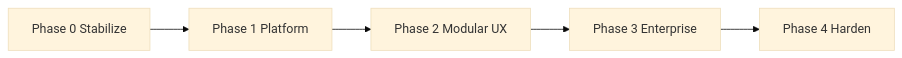
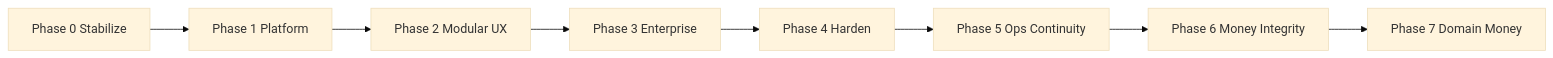
Before and after one commit to rheymarbayeta/PAMS: the diagram in IMPLEMENTATION_ROADMAP.md, drawn with Mermaid (base theme). The commit also changed other lines of this file and 21 other files, not shown here.

Commit message:
feat: implement Phase 5 and Phase 6 features including operational continuity for portal payments, dual-write confirmation for payments, and enhancements to the citations module for payment processing, while updating the implementation roadmap and OpenAPI specifications for new endpoints

````diff
--- a/IMPLEMENTATION_ROADMAP.md
+++ b/IMPLEMENTATION_ROADMAP.md
@@ -313,9 +409,12 @@
 ```mermaid
 flowchart LR
   P0[Phase 0 Stabilize]
   P1[Phase 1 Platform]
   P2[Phase 2 Modular UX]
   P3[Phase 3 Enterprise]
   P4[Phase 4 Harden]
-  P0 --> P1 --> P2 --> P3 --> P4
+  P5[Phase 5 Ops Continuity]
+  P6[Phase 6 Money Integrity]
+  P7[Phase 7 Domain Money]
+  P0 --> P1 --> P2 --> P3 --> P4 --> P5 --> P6 --> P7
 ```
````
